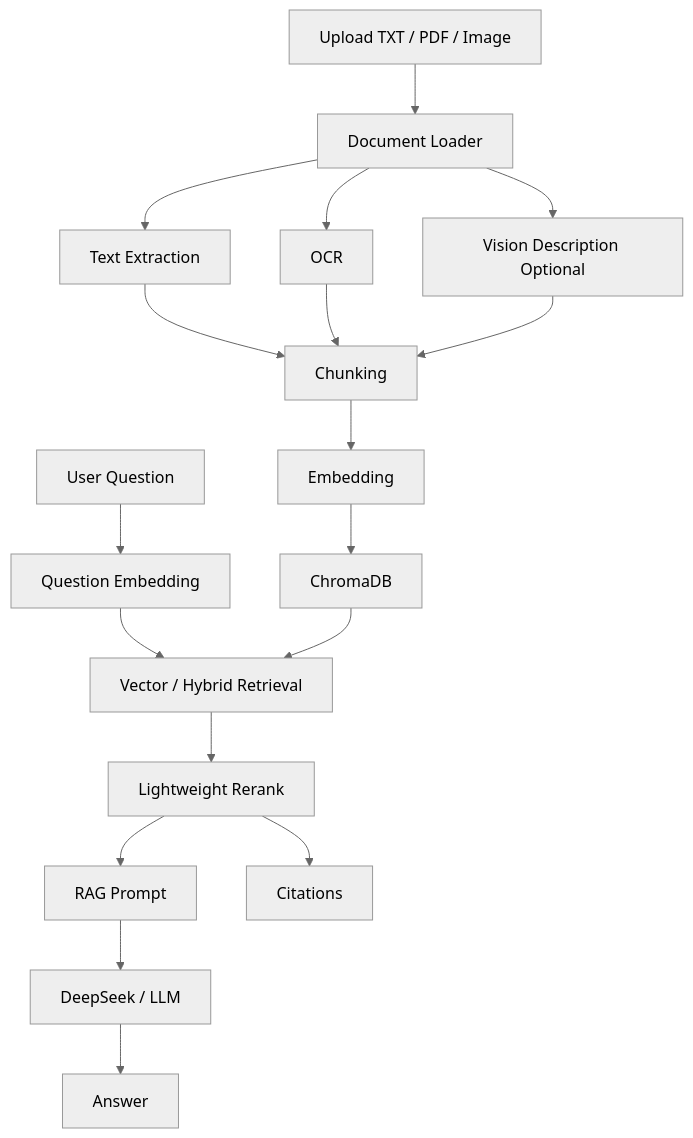
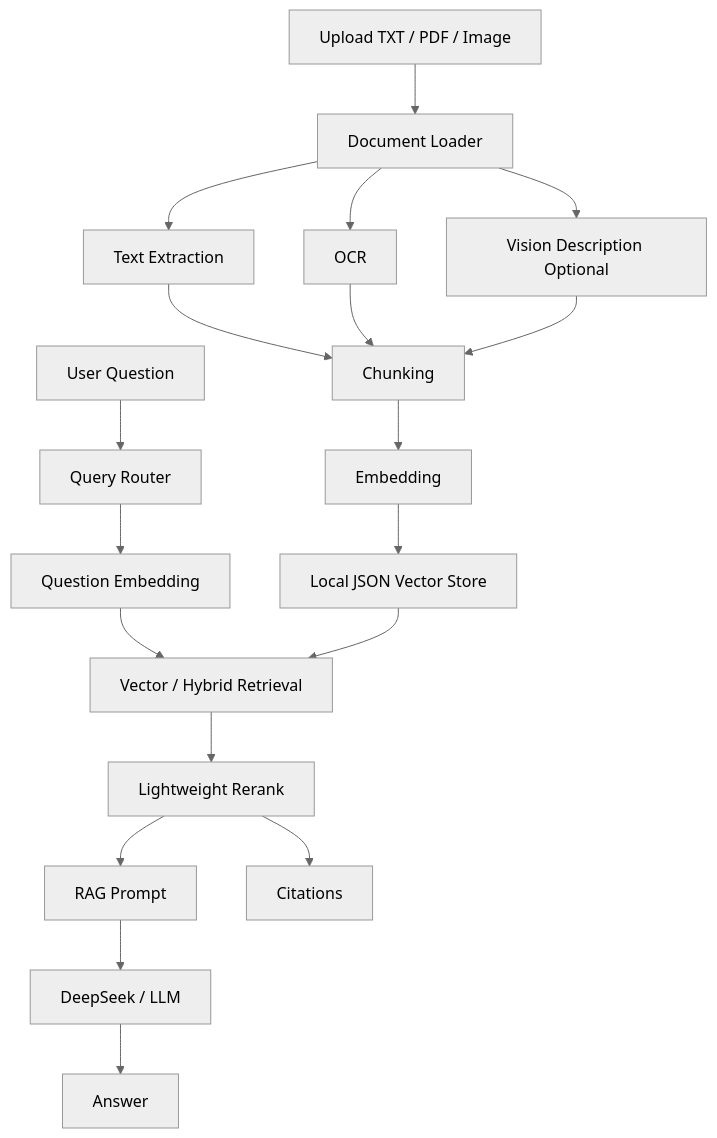
Before and after one commit to ljw826732773-png/multimodal-doc-rag: the diagram in docs/architecture.md, drawn with Mermaid (neutral theme). The commit also changed other lines of this file and 9 other files, not shown here.

Commit message:
Add query routing and lightweight vector store

````diff
--- a/docs/architecture.md
+++ b/docs/architecture.md
@@ -41,20 +44,21 @@
 ```mermaid
 flowchart TD
     A["Upload TXT / PDF / Image"] --> B["Document Loader"]
     B --> C["Text Extraction"]
     B --> D["OCR"]
     B --> E["Vision Description Optional"]
     C --> F["Chunking"]
     D --> F
     E --> F
     F --> G["Embedding"]
-    G --> H["ChromaDB"]
-    I["User Question"] --> J["Question Embedding"]
+    G --> H["Local JSON Vector Store"]
+    I["User Question"] --> Q["Query Router"]
+    Q --> J["Question Embedding"]
     J --> K["Vector / Hybrid Retrieval"]
     H --> K
     K --> L["Lightweight Rerank"]
     L --> M["RAG Prompt"]
     M --> N["DeepSeek / LLM"]
     N --> O["Answer"]
     L --> P["Citations"]
 ```
````
